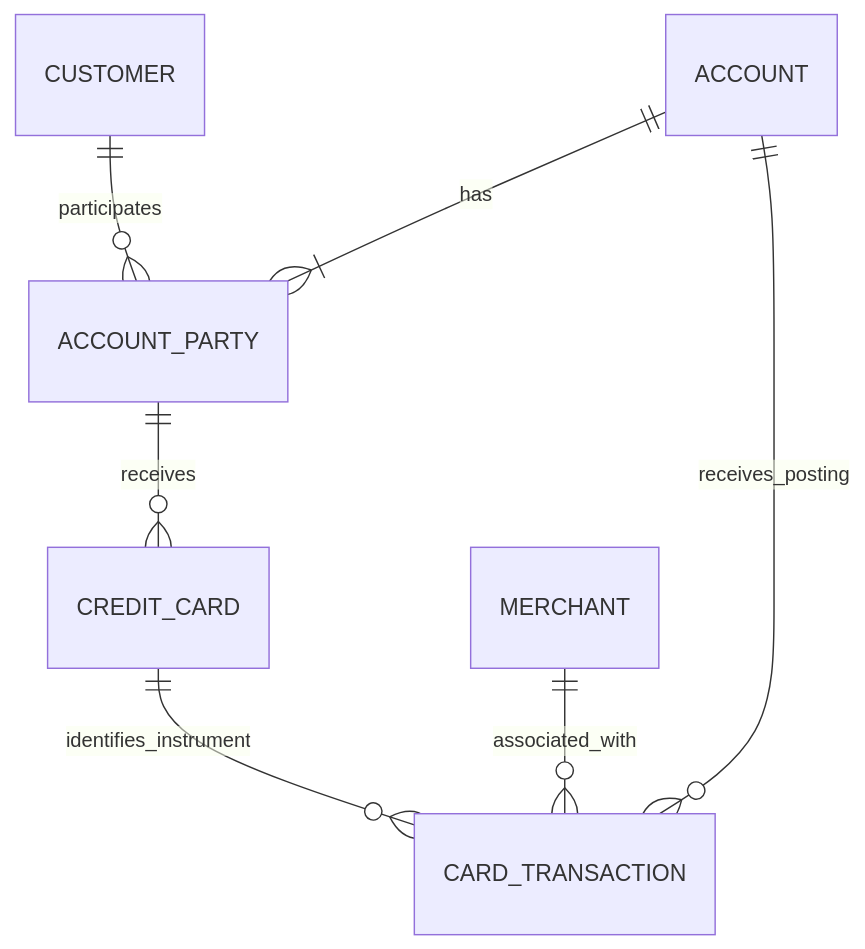
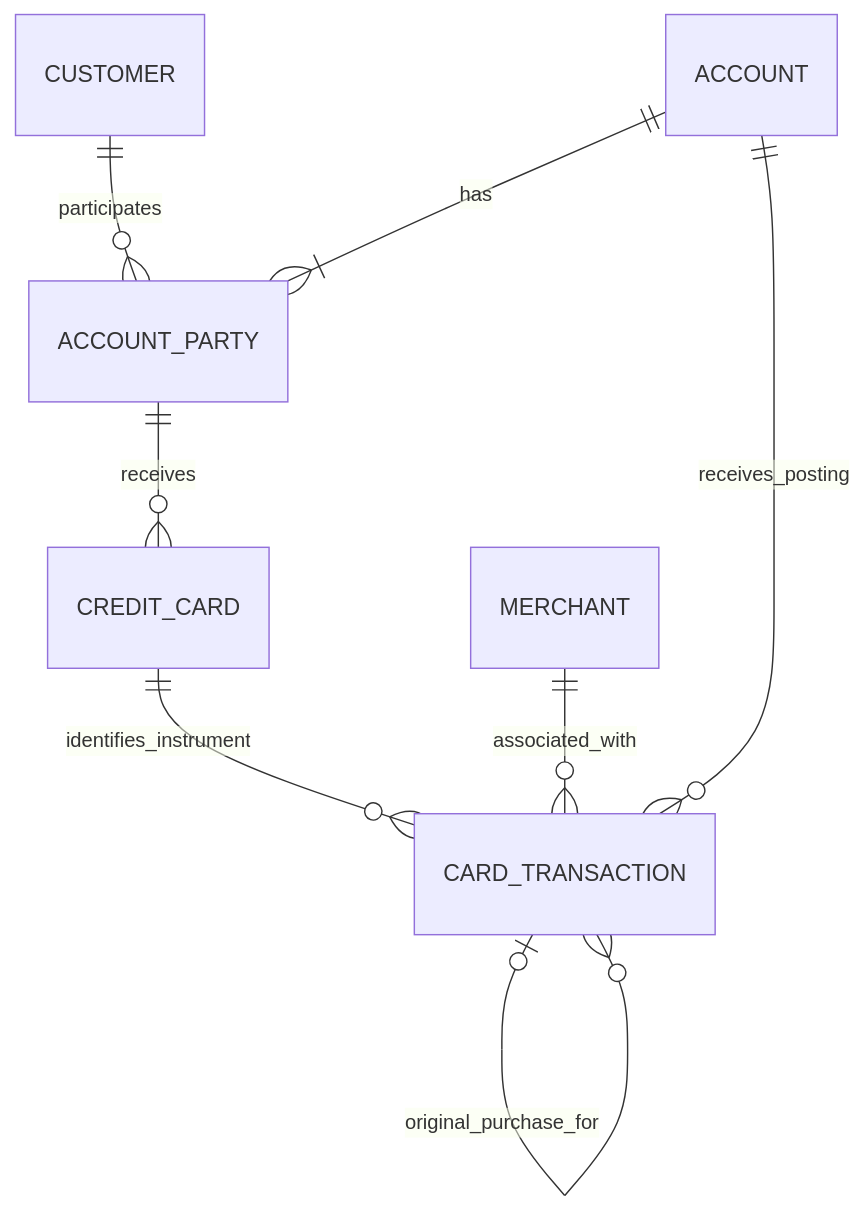
Before and after one commit to subhanjandas/data-modeling-patterns: the diagram in domain/banking/conceptual-model.md, drawn with Mermaid. The commit also changed other lines of this file and 9 other files, not shown here.

````diff
--- a/domain/banking/conceptual-model.md
+++ b/domain/banking/conceptual-model.md
@@ -23,9 +23,10 @@
 ```mermaid
 erDiagram
     CUSTOMER ||--o{ ACCOUNT_PARTY : participates
     ACCOUNT ||--|{ ACCOUNT_PARTY : has
     ACCOUNT_PARTY ||--o{ CREDIT_CARD : receives
     CREDIT_CARD ||--o{ CARD_TRANSACTION : identifies_instrument
     MERCHANT ||--o{ CARD_TRANSACTION : associated_with
     ACCOUNT ||--o{ CARD_TRANSACTION : receives_posting
+    CARD_TRANSACTION o|--o{ CARD_TRANSACTION : original_purchase_for
 ```
````
